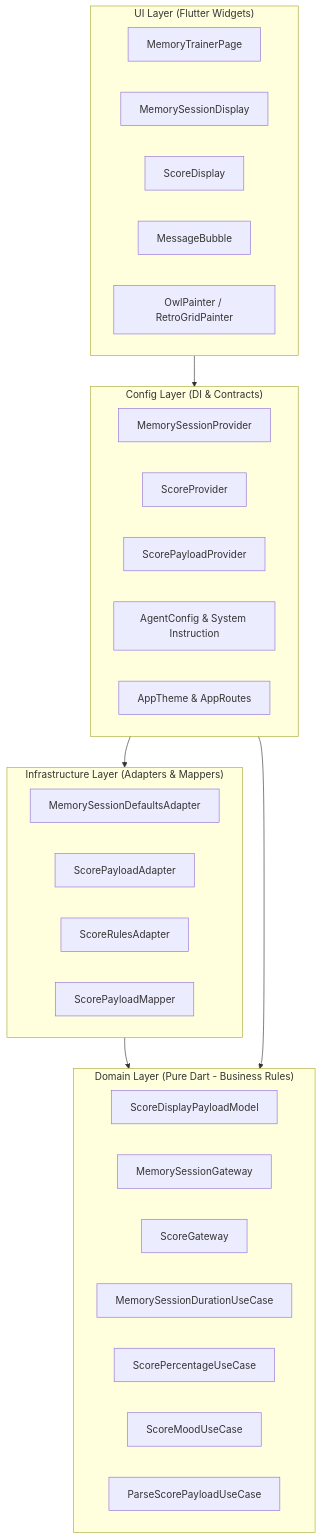
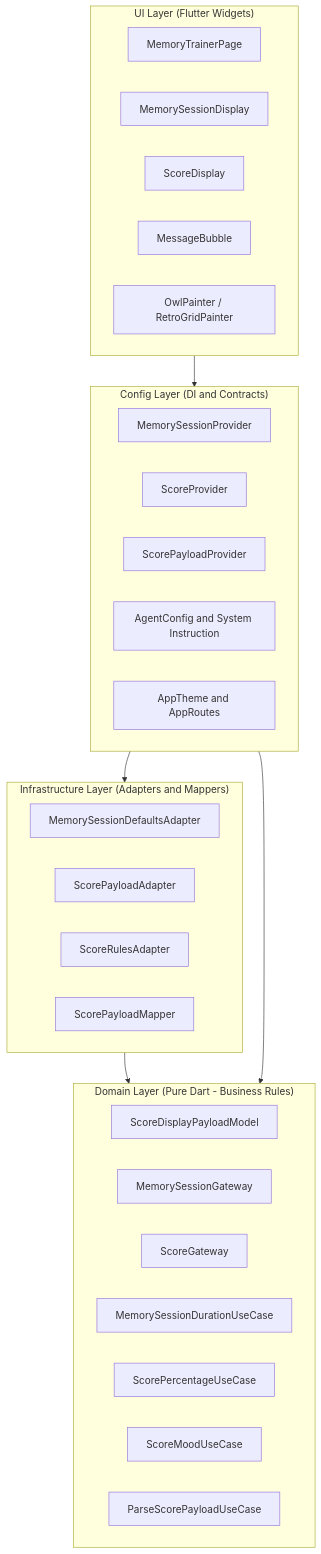
The diagram in documentation/i18n/en/docusaurus-plugin-content-docs/current/02-architecture/01-overview.md (weincoder/intro_to_genui), drawn with Mermaid before and after one commit. The commit also changed 8 other files, not shown here.

Commit message:
fix(docs): enable @docusaurus/theme-mermaid and sanitize diagram syntax

````diff
--- a/documentation/i18n/en/docusaurus-plugin-content-docs/current/02-architecture/01-overview.md
+++ b/documentation/i18n/en/docusaurus-plugin-content-docs/current/02-architecture/01-overview.md
@@ -21,40 +21,40 @@
 ```mermaid
 graph TD
     subgraph UI ["UI Layer (Flutter Widgets)"]
-        Page[MemoryTrainerPage]
-        W1[MemorySessionDisplay]
-        W2[ScoreDisplay]
-        W3[MessageBubble]
-        Paint[OwlPainter / RetroGridPainter]
+        Page["MemoryTrainerPage"]
+        W1["MemorySessionDisplay"]
+        W2["ScoreDisplay"]
+        W3["MessageBubble"]
+        Paint["OwlPainter / RetroGridPainter"]
     end
 
-    subgraph Config ["Config Layer (DI & Contracts)"]
-        P1[MemorySessionProvider]
-        P2[ScoreProvider]
-        P3[ScorePayloadProvider]
-        AgentCfg[AgentConfig & System Instruction]
-        Theme[AppTheme & AppRoutes]
+    subgraph Config ["Config Layer (DI and Contracts)"]
+        P1["MemorySessionProvider"]
+        P2["ScoreProvider"]
+        P3["ScorePayloadProvider"]
+        AgentCfg["AgentConfig and System Instruction"]
+        Theme["AppTheme and AppRoutes"]
     end
 
-    subgraph Infrastructure ["Infrastructure Layer (Adapters & Mappers)"]
-        A1[MemorySessionDefaultsAdapter]
-        A2[ScorePayloadAdapter]
-        A3[ScoreRulesAdapter]
-        M1[ScorePayloadMapper]
+    subgraph Infrastructure ["Infrastructure Layer (Adapters and Mappers)"]
+        A1["MemorySessionDefaultsAdapter"]
+        A2["ScorePayloadAdapter"]
+        A3["ScoreRulesAdapter"]
+        M1["ScorePayloadMapper"]
     end
 
     subgraph Domain ["Domain Layer (Pure Dart - Business Rules)"]
-        MScore[ScoreDisplayPayloadModel]
-        GSession[MemorySessionGateway]
-        GScore[ScoreGateway]
-        UC1[MemorySessionDurationUseCase]
-        UC2[ScorePercentageUseCase]
-        UC3[ScoreMoodUseCase]
-        UC4[ParseScorePayloadUseCase]
+        MScore["ScoreDisplayPayloadModel"]
+        GSession["MemorySessionGateway"]
+        GScore["ScoreGateway"]
+        UC1["MemorySessionDurationUseCase"]
+        UC2["ScorePercentageUseCase"]
+        UC3["ScoreMoodUseCase"]
+        UC4["ParseScorePayloadUseCase"]
     end
 
     UI --> Config
     Config --> Infrastructure
     Infrastructure --> Domain
     Config --> Domain
 ```
````
